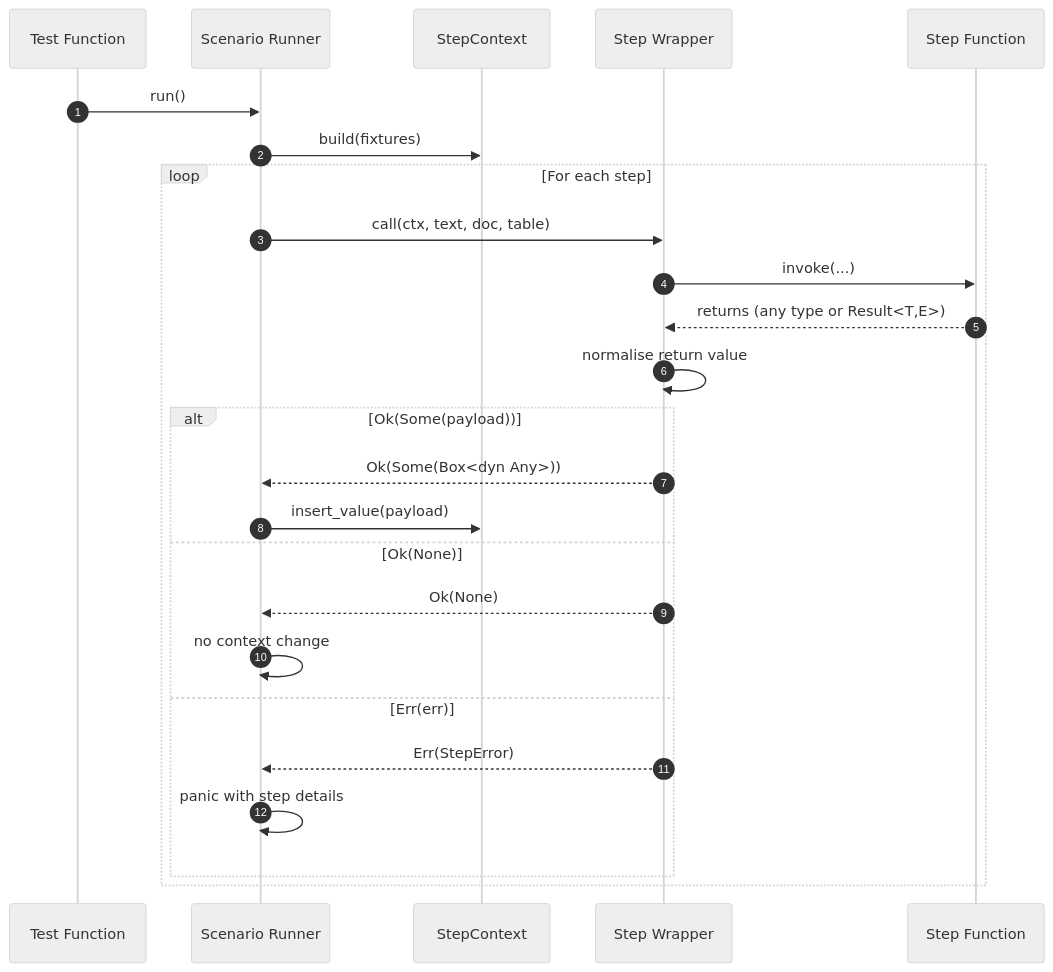
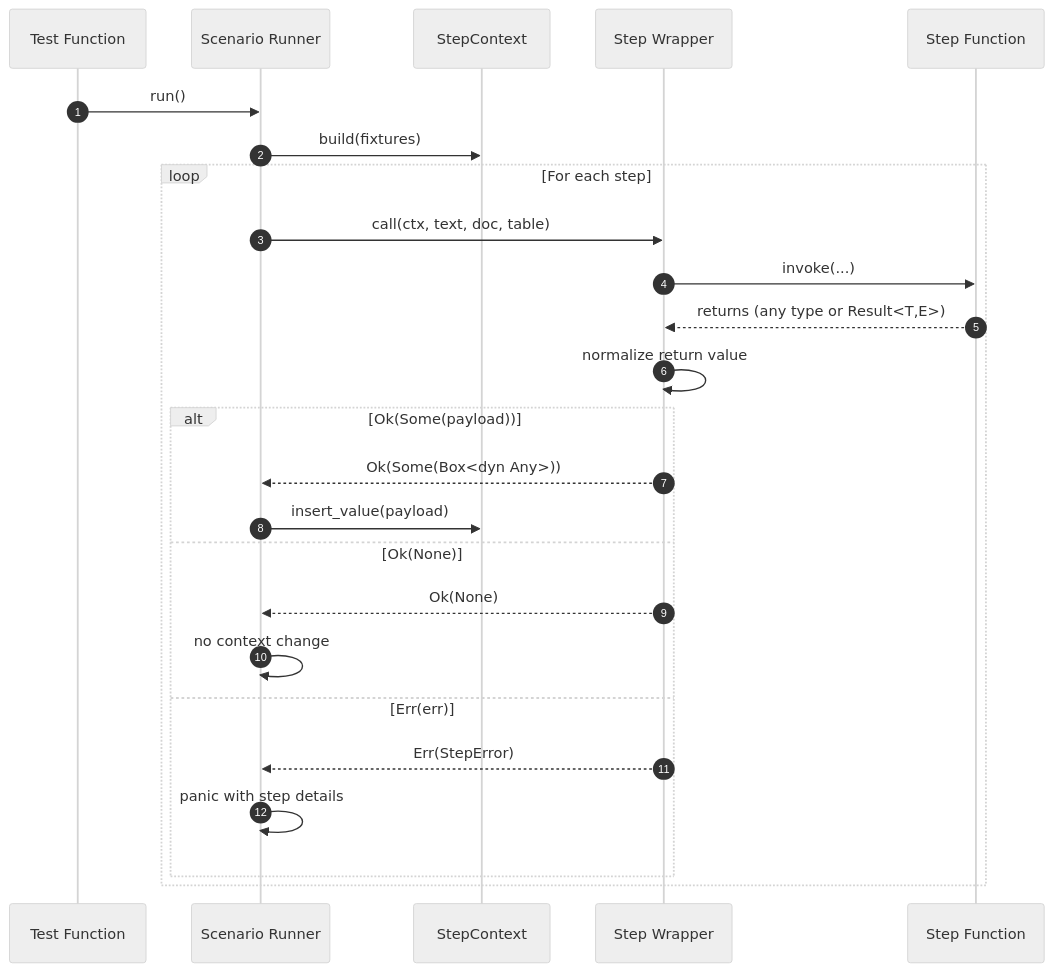
Diagram 15 of 17 in docs/rstest-bdd-design.md (leynos/rstest-bdd), drawn with Mermaid (neutral theme) before and after one commit. The commit also changed other lines of this file and 20 other files, not shown here.

````diff
--- a/docs/rstest-bdd-design.md
+++ b/docs/rstest-bdd-design.md
@@ -1664,28 +1664,28 @@
 ```mermaid
 sequenceDiagram
   autonumber
   participant Test as Test Function
   participant Scenario as Scenario Runner
   participant Ctx as StepContext
   participant Wrap as Step Wrapper
   participant Step as Step Function
 
   Test->>Scenario: run()
   Scenario->>Ctx: build(fixtures)
   loop For each step
     Scenario->>Wrap: call(ctx, text, doc, table)
     Wrap->>Step: invoke(...)
     Step-->>Wrap: returns (any type or Result<T,E>)
-    Wrap->>Wrap: normalise return value
+    Wrap->>Wrap: normalize return value
     alt Ok(Some(payload))
       Wrap-->>Scenario: Ok(Some(Box<dyn Any>))
       Scenario->>Ctx: insert_value(payload)
     else Ok(None)
       Wrap-->>Scenario: Ok(None)
       Scenario->>Scenario: no context change
     else Err(err)
       Wrap-->>Scenario: Err(StepError)
       Scenario->>Scenario: panic with step details
     end
   end
 ```
````
